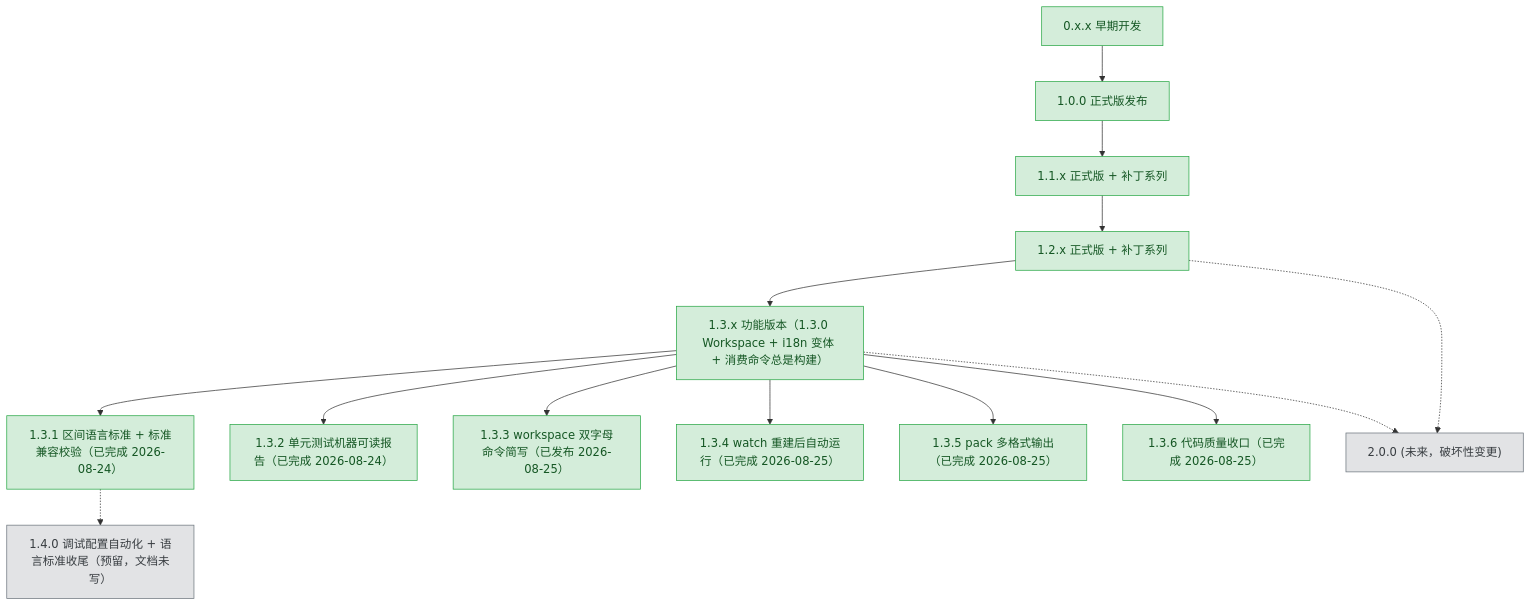
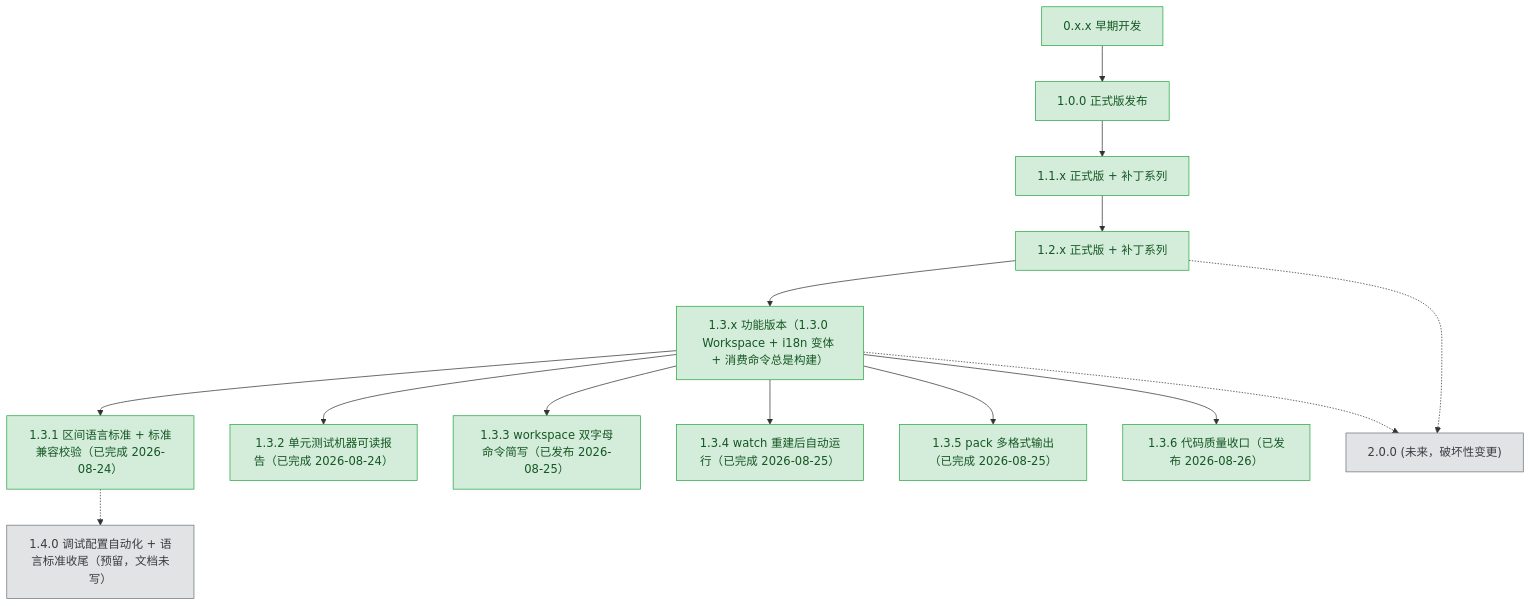
Before and after one commit to 3667808244/EazyMake: the diagram in plans/README.md, drawn with Mermaid. The commit also changed other lines of this file and 8 other files, not shown here.

````diff
--- a/plans/README.md
+++ b/plans/README.md
@@ -62,47 +62,47 @@
 ```mermaid
 graph TD
     v0xx["0.x.x 早期开发"]
     v100["1.0.0 正式版发布"]
     v11x["1.1.x 正式版 + 补丁系列"]
     v12x["1.2.x 正式版 + 补丁系列"]
     v13x["1.3.x 功能版本（1.3.0 Workspace + i18n 变体 + 消费命令总是构建）"]
     v131["1.3.1 区间语言标准 + 标准兼容校验（已完成 2026-08-24）"]
     v132["1.3.2 单元测试机器可读报告（已完成 2026-08-24）"]
     v133["1.3.3 workspace 双字母命令简写（已发布 2026-08-25）"]
     v134["1.3.4 watch 重建后自动运行（已完成 2026-08-25）"]
     v135["1.3.5 pack 多格式输出（已完成 2026-08-25）"]
-    v136["1.3.6 代码质量收口（已完成 2026-08-25）"]
+    v136["1.3.6 代码质量收口（已发布 2026-08-26）"]
     v140["1.4.0 调试配置自动化 + 语言标准收尾（预留，文档未写）"]
     v200["2.0.0 (未来，破坏性变更)"]
 
     v0xx --> v100
     v100 --> v11x
     v11x --> v12x
     v12x --> v13x
     v13x --> v131
     v13x --> v132
     v13x --> v133
     v13x --> v134
     v13x --> v135
     v13x --> v136
     v131 -.-> v140
     v12x -.-> v200
     v13x -.-> v200
 
     classDef done fill:#d4edda,stroke:#28a745,color:#155724;
     classDef active fill:#fff3cd,stroke:#ffc107,color:#856404;
     classDef todo fill:#e2e3e5,stroke:#6c757d,color:#383d41;
 
     class v0xx,v100 done;
     class v11x done;
     class v12x done;
     class v13x done;
     class v131 done;
     class v132 done;
     class v133 done;
     class v134 done;
     class v135 done;
     class v136 done;
     class v140 todo;
     class v200 todo;
 ```
````
